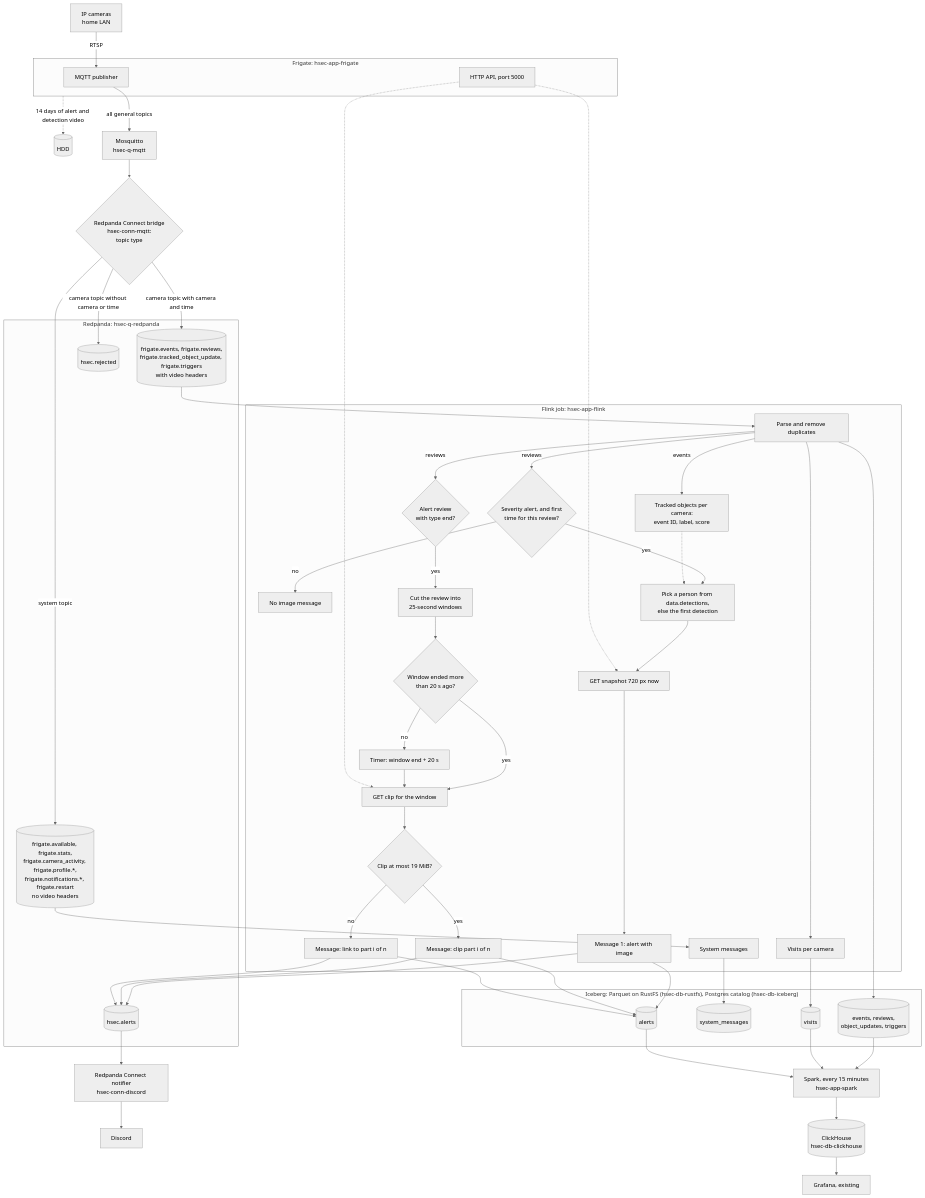
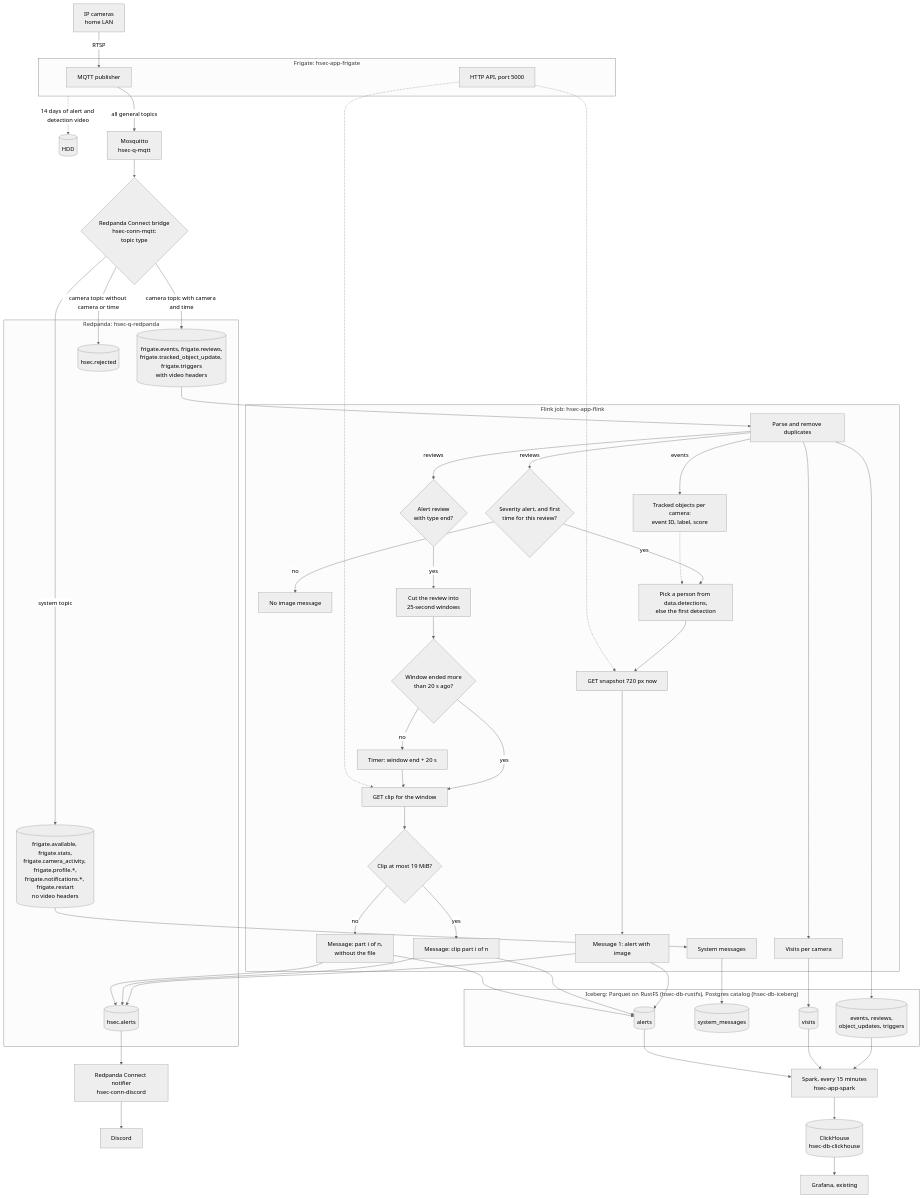
The diagram in docs/system-design.md (nglehuy/home-security), drawn with Mermaid (neutral theme) before and after one commit. The commit also changed other lines of this file and 31 other files, not shown here.

````diff
--- a/docs/system-design.md
+++ b/docs/system-design.md
@@ -88,69 +89,69 @@
 ```mermaid
 flowchart TB
   CAM[IP cameras<br/>home LAN] -- RTSP --> FMQ
   subgraph FR["Frigate: hsec-app-frigate"]
     FMQ[MQTT publisher]
     FAPI[HTTP API, port 5000]
   end
   subgraph RP["Redpanda: hsec-q-redpanda"]
     RPC[(frigate.events, frigate.reviews,<br/>frigate.tracked_object_update, frigate.triggers<br/>with video headers)]
     RPR[(hsec.rejected)]
     RPS[(frigate.available, frigate.stats,<br/>frigate.camera_activity, frigate.profile.*,<br/>frigate.notifications.*, frigate.restart<br/>no video headers)]
     HA[(hsec.alerts)]
   end
   subgraph ICE["Iceberg: Parquet on RustFS (hsec-db-rustfs), Postgres catalog (hsec-db-iceberg)"]
     IRAW[(events, reviews,<br/>object_updates, triggers)]
     IST[(system_messages)]
     IVIS[(visits)]
     IAL[(alerts)]
   end
   subgraph FL["Flink job: hsec-app-flink"]
     SM[System messages]
     PD[Parse and remove duplicates]
     VIS[Visits per camera]
     OBJ[Tracked objects per camera:<br/>event ID, label, score]
     SEV{Severity alert, and first<br/>time for this review?}
     NOP[No image message]
     PICK[Pick a person from data.detections,<br/>else the first detection]
     IMG[GET snapshot 720 px now]
     M1[Message 1: alert with image]
     ENDQ{Alert review<br/>with type end?}
     SPLIT[Cut the review into<br/>25-second windows]
     READY{Window ended more<br/>than 20 s ago?}
     TIMER[Timer: window end + 20 s]
     CLIP[GET clip for the window]
     SZ{Clip at most 19 MiB?}
     M2[Message: clip part i of n]
-    M3[Message: link to part i of n]
+    M3[Message: part i of n,<br/>without the file]
     PD --> VIS
     PD -- events --> OBJ
     PD -- reviews --> SEV
     SEV -- no --> NOP
     SEV -- yes --> PICK
     OBJ -.-> PICK
     PICK --> IMG --> M1
     PD -- reviews --> ENDQ
     ENDQ -- yes --> SPLIT --> READY
     READY -- yes --> CLIP
     READY -- no --> TIMER --> CLIP
     CLIP --> SZ
     SZ -- yes --> M2
     SZ -- no --> M3
   end
   FR -. 14 days of alert and detection video .-> HDD[(HDD)]
   FMQ -- all general topics --> MQ["Mosquitto<br/>hsec-q-mqtt"]
   MQ --> BR{"Redpanda Connect bridge<br/>hsec-conn-mqtt:<br/>topic type"}
   BR -- camera topic with camera and time --> RPC
   BR -- camera topic without camera or time --> RPR
   BR -- system topic --> RPS
   RPS --> SM --> IST
   RPC --> PD
   PD --> IRAW
   VIS --> IVIS
   FAPI -.-> IMG
   FAPI -.-> CLIP
   M1 & M2 & M3 --> HA
   M1 & M2 & M3 --> IAL
   HA --> NT["Redpanda Connect notifier<br/>hsec-conn-discord"] --> DC[Discord]
   IRAW & IVIS & IAL --> SP["Spark, every 15 minutes<br/>hsec-app-spark"] --> CH[("ClickHouse<br/>hsec-db-clickhouse")] --> GF[Grafana, existing]
 ```
````
